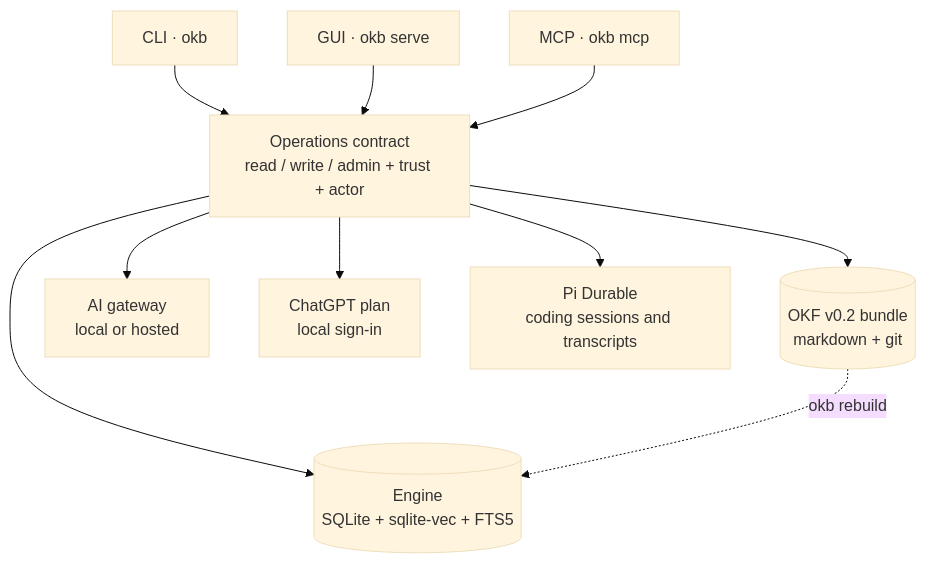
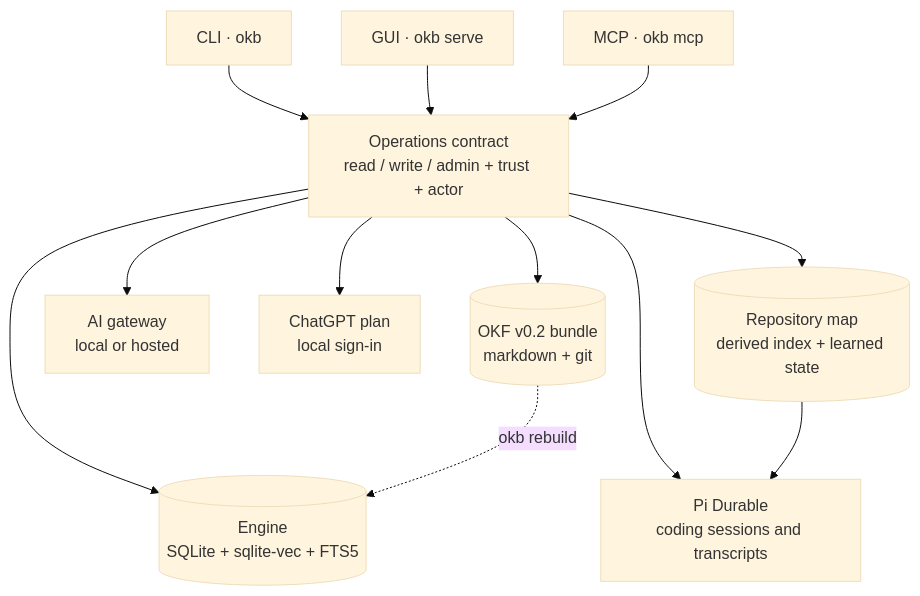
The diagram in README.md (mellow-mike/okbrain), drawn with Mermaid (base theme) before and after one commit. The commit also changed other lines of this file and 7 other files, not shown here.

````diff
--- a/README.md
+++ b/README.md
@@ -360,13 +363,15 @@
 ```mermaid
 flowchart TD
     CLI["CLI · okb"] --> OPS
     GUI["GUI · okb serve"] --> OPS
     MCP["MCP · okb mcp"] --> OPS
     OPS["Operations contract<br/>read / write / admin + trust + actor"]
     OPS --> BUNDLE[("OKF v0.2 bundle<br/>markdown + git")]
     OPS --> ENGINE[("Engine<br/>SQLite + sqlite-vec + FTS5")]
     OPS --> AI["AI gateway<br/>local or hosted"]
     OPS --> PLAN["ChatGPT plan<br/>local sign-in"]
     OPS --> PI["Pi Durable<br/>coding sessions and transcripts"]
+    OPS --> MAP[("Repository map<br/>derived index + learned state")]
+    MAP --> PI
     BUNDLE -.->|okb rebuild| ENGINE
 ```
````
